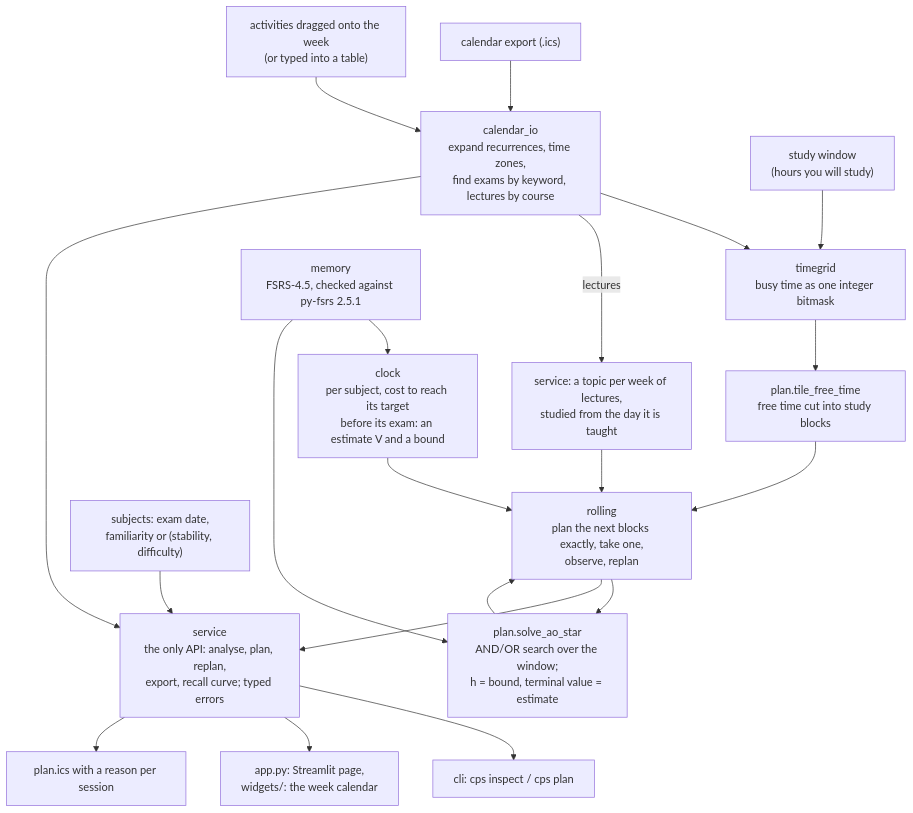
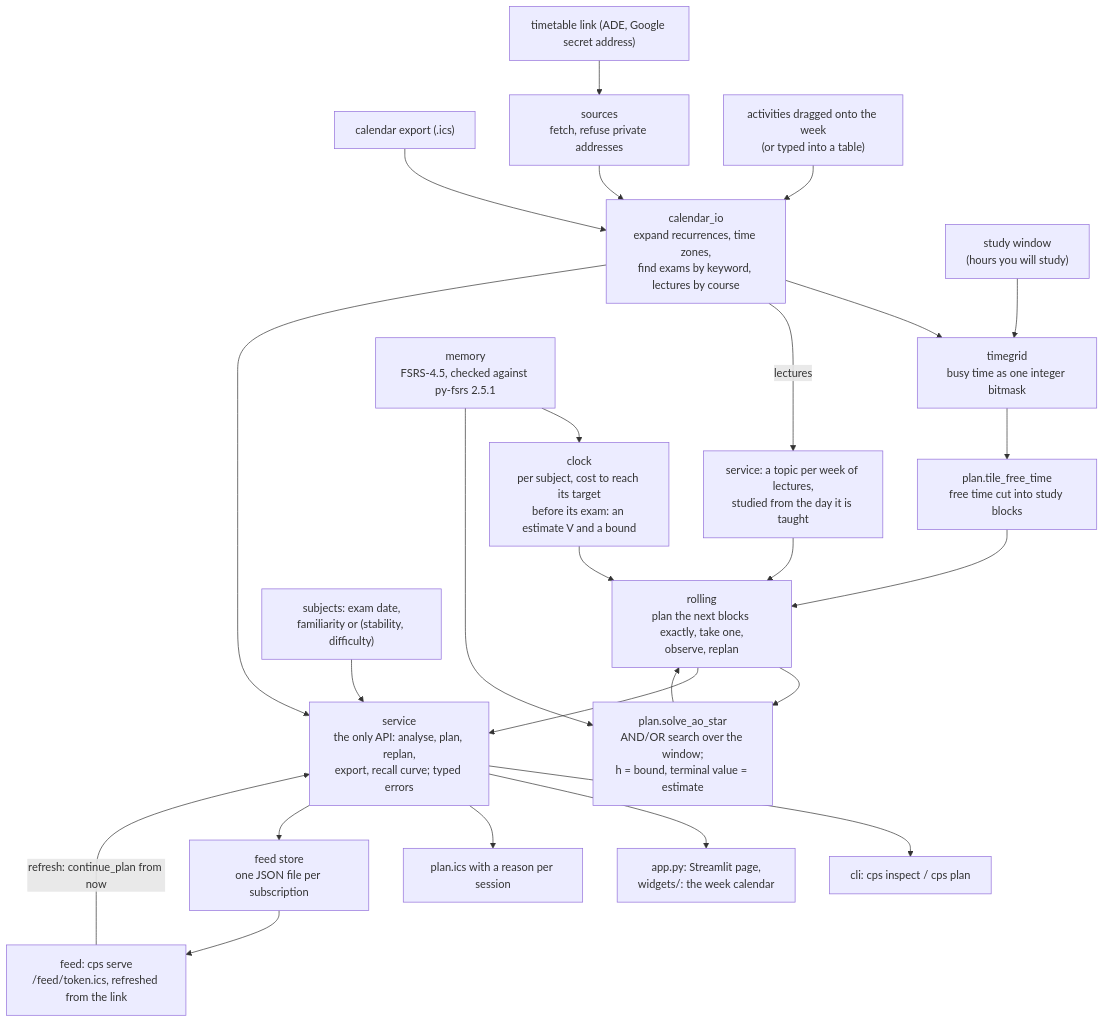
One commit to emanuelefrancescorestivo/Constrained-Path-Scheduler changed the diagram in docs/ARCHITECTURE.md. Above: the diagram before and after it, drawn with Mermaid. The commit also changed other lines of this file and 15 other files, not shown here.

````diff
--- a/docs/ARCHITECTURE.md
+++ b/docs/ARCHITECTURE.md
@@ -6,26 +6,31 @@
 ```mermaid
 flowchart TD
     ICS["calendar export (.ics)"] --> CIO
+    LINK["timetable link (ADE, Google secret address)"] --> SRC["sources<br/>fetch, refuse private addresses"]
+    SRC --> CIO
     ROWS["activities dragged onto the week<br/>(or typed into a table)"] --> CIO
     CIO["calendar_io<br/>expand recurrences, time zones,<br/>find exams by keyword, lectures by course"] --> GRID
     WIN["study window<br/>(hours you will study)"] --> GRID
     GRID["timegrid<br/>busy time as one integer bitmask"] --> TILE
     TILE["plan.tile_free_time<br/>free time cut into study blocks"] --> ROLL
 
     SPEC["subjects: exam date,<br/>familiarity or (stability, difficulty)"] --> SVC
     CIO -- "lectures" --> TOPICS["service: a topic per week of lectures,<br/>studied from the day it is taught"]
     TOPICS --> ROLL
     MEM["memory<br/>FSRS-4.5, checked against py-fsrs 2.5.1"] --> CLOCK
     MEM --> AOSTAR
 
     CLOCK["clock<br/>per subject, cost to reach its target<br/>before its exam: an estimate V and a bound"] --> ROLL
     ROLL["rolling<br/>plan the next blocks exactly, take one,<br/>observe, replan"] --> AOSTAR
     AOSTAR["plan.solve_ao_star<br/>AND/OR search over the window;<br/>h = bound, terminal value = estimate"] --> ROLL
 
     SVC["service<br/>the only API: analyse, plan, replan,<br/>export, recall curve; typed errors"]
     CIO --> SVC
     ROLL --> SVC
     SVC --> CLI["cli: cps inspect / cps plan"]
     SVC --> APP["app.py: Streamlit page,<br/>widgets/: the week calendar"]
     SVC --> OUT["plan.ics with a reason per session"]
+    SVC --> STORE["feed store<br/>one JSON file per subscription"]
+    STORE --> FEED["feed: cps serve<br/>/feed/token.ics, refreshed from the link"]
+    FEED -- "refresh: continue_plan from now" --> SVC
 ```
````
